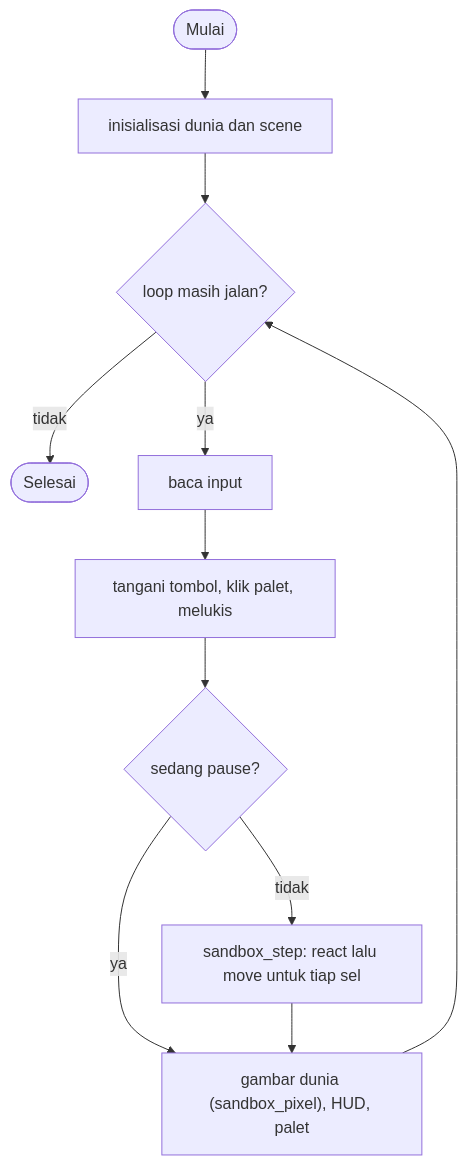
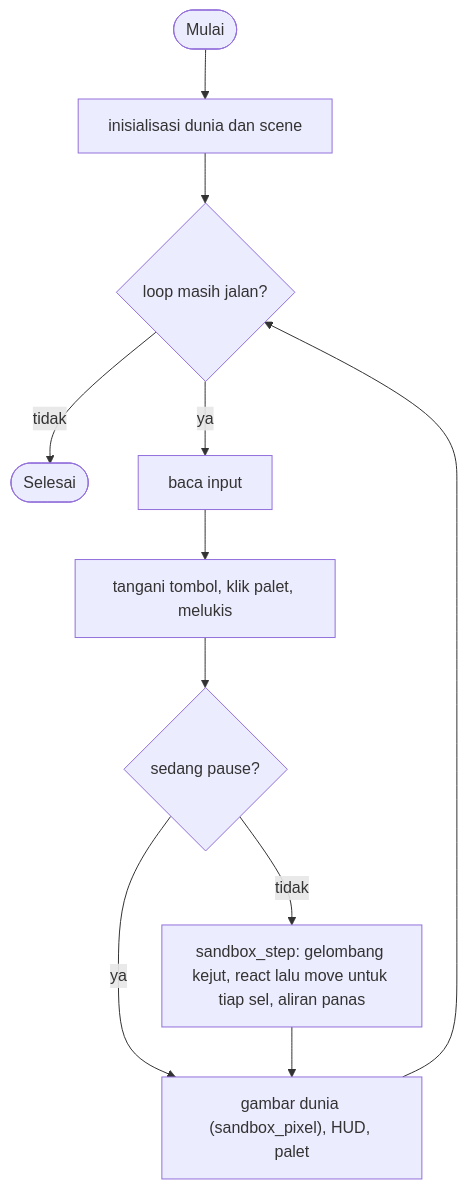
Before and after one commit to zaxx-q/arCade: the first of 2 diagrams in deferred/sandbox/GAME.md, drawn with Mermaid. The commit also changed other lines of this file and 23 other files, not shown here.

````diff
--- a/deferred/sandbox/GAME.md
+++ b/deferred/sandbox/GAME.md
@@ -279,13 +351,13 @@
 ```mermaid
 flowchart TD
     A([Mulai]) --> B["inisialisasi dunia dan scene"]
     B --> C{"loop masih jalan?"}
     C -- tidak --> Z([Selesai])
     C -- ya --> D[baca input]
     D --> E["tangani tombol, klik palet, melukis"]
     E --> F{"sedang pause?"}
-    F -- tidak --> G["sandbox_step: react lalu move untuk tiap sel"]
+    F -- tidak --> G["sandbox_step: gelombang kejut, react lalu move untuk tiap sel, aliran panas"]
     F -- ya --> H["gambar dunia (sandbox_pixel), HUD, palet"]
     G --> H
     H --> C
 ```
````
